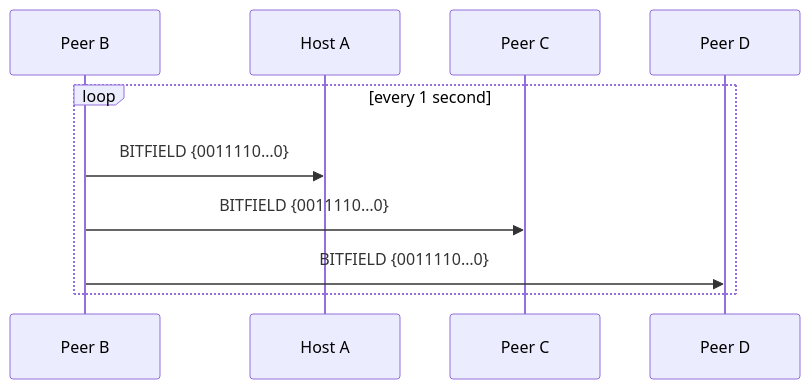
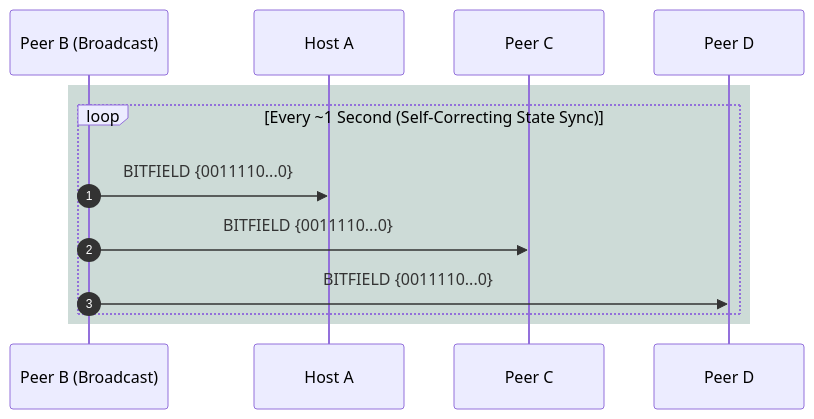
The fourth of 5 diagrams in docs/protocol_sequence.md (sophic00/peerwatch), drawn with Mermaid before and after one commit. The commit also changed other lines of this file and 1 other file, not shown here.

Commit message:
chore: docs diagram update

````diff
--- a/docs/protocol_sequence.md
+++ b/docs/protocol_sequence.md
@@ -91,13 +106,16 @@
 ```mermaid
 sequenceDiagram
-    participant B as Peer B
+    autonumber
+    participant B as Peer B (Broadcast)
     participant A as Host A
     participant C as Peer C
     participant D as Peer D
 
-    loop every 1 second
-        B->>A: BITFIELD {0011110…0}
-        B->>C: BITFIELD {0011110…0}
-        B->>D: BITFIELD {0011110…0}
+    rect rgba(6, 78, 59, 0.2)
+        loop Every ~1 Second (Self-Correcting State Sync)
+            B->>A: BITFIELD {0011110...0}
+            B->>C: BITFIELD {0011110...0}
+            B->>D: BITFIELD {0011110...0}
+        end
     end
 ```
````
